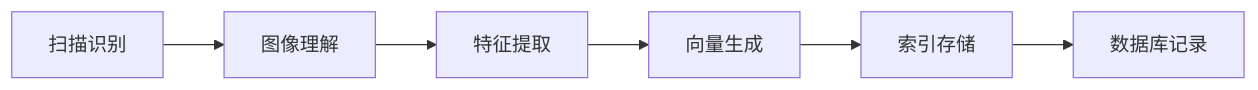
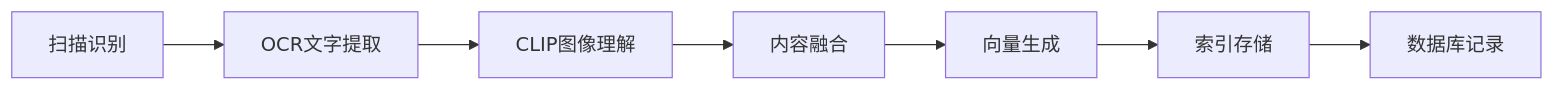
The fourth of 8 diagrams in docs/索引构建逻辑.md (dtsola/xiaoyaosearch), drawn with Mermaid before and after one commit. The commit also changed other lines of this file and 3 other files, not shown here.

````diff
--- a/docs/索引构建逻辑.md
+++ b/docs/索引构建逻辑.md
@@ -185,8 +185,9 @@
 ```mermaid
 graph LR
-    A[扫描识别] --> B[图像理解]
-    B --> C[特征提取]
-    C --> D[向量生成]
-    D --> E[索引存储]
-    E --> F[数据库记录]
+    A[扫描识别] --> B[OCR文字提取]
+    B --> C[CLIP图像理解]
+    C --> D[内容融合]
+    D --> E[向量生成]
+    E --> F[索引存储]
+    F --> G[数据库记录]
 ```
````
